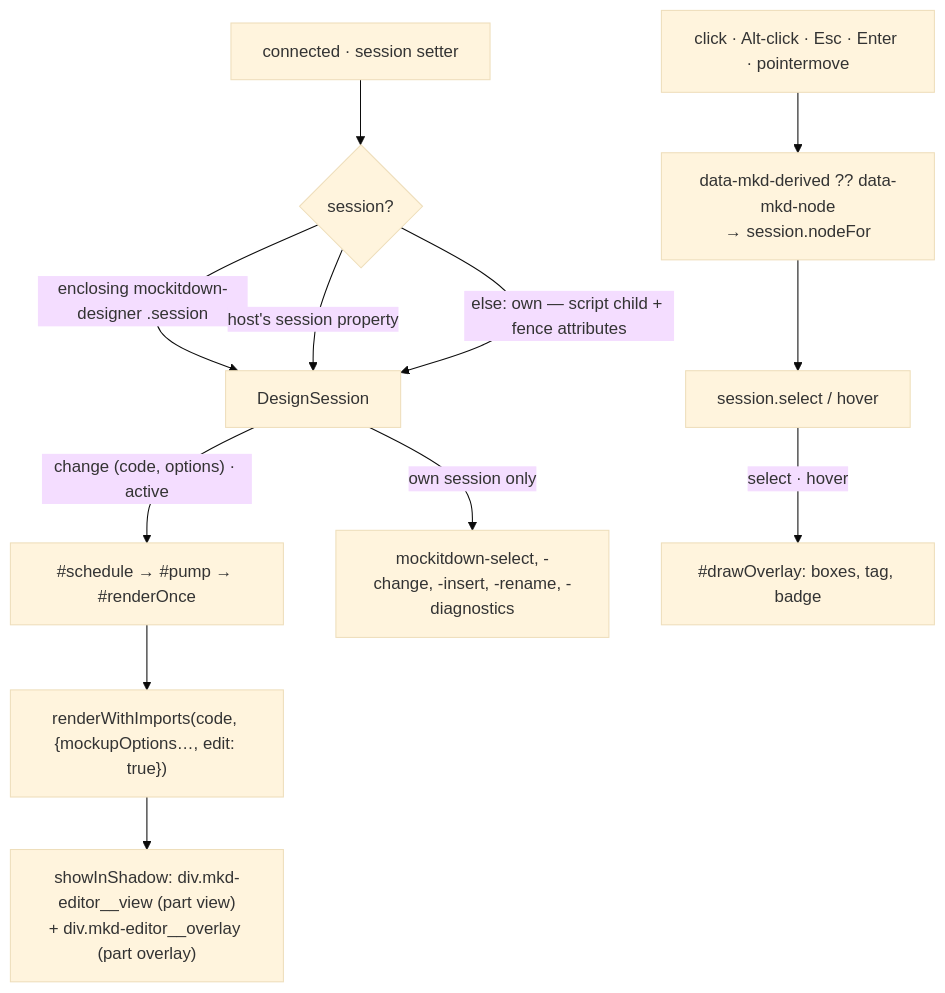
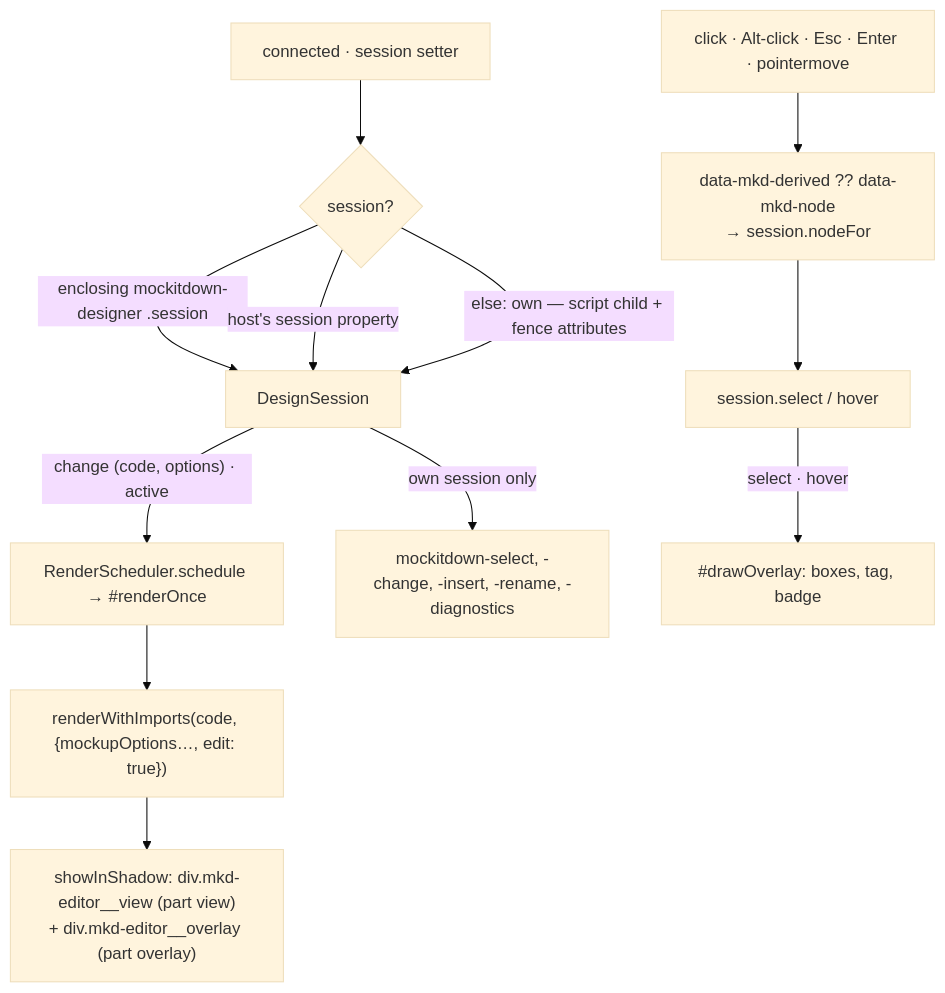
One commit to bbogovich/mockitdown changed the diagram in docs/implementation/architecture/editor.md. Above: the diagram before and after it, drawn with Mermaid (base theme). The commit also changed other lines of this file and 18 other files, not shown here.

````diff
--- a/docs/implementation/architecture/editor.md
+++ b/docs/implementation/architecture/editor.md
@@ -61,14 +61,14 @@
 ```mermaid
 flowchart TD
   att["connected · session setter"] --> J{"session?"}
   J -->|"enclosing mockitdown-designer .session"| S[DesignSession]
   J -->|"host's session property"| S
   J -->|"else: own — script child + fence attributes"| S
-  S -- "change (code, options) · active" --> R["#schedule → #pump → #renderOnce"]
+  S -- "change (code, options) · active" --> R["RenderScheduler.schedule → #renderOnce"]
   R --> RW["renderWithImports(code, {mockupOptions…, edit: true})"]
   RW --> SH["showInShadow: div.mkd-editor__view (part view)<br/>+ div.mkd-editor__overlay (part overlay)"]
   P["click · Alt-click · Esc · Enter · pointermove"] --> N["data-mkd-derived ?? data-mkd-node<br/>→ session.nodeFor"]
   N --> SEL["session.select / hover"]
   SEL -- "select · hover" --> O["#drawOverlay: boxes, tag, badge"]
   S -- "own session only" --> EV["mockitdown-select, -change, -insert, -rename, -diagnostics"]
 ```
````
